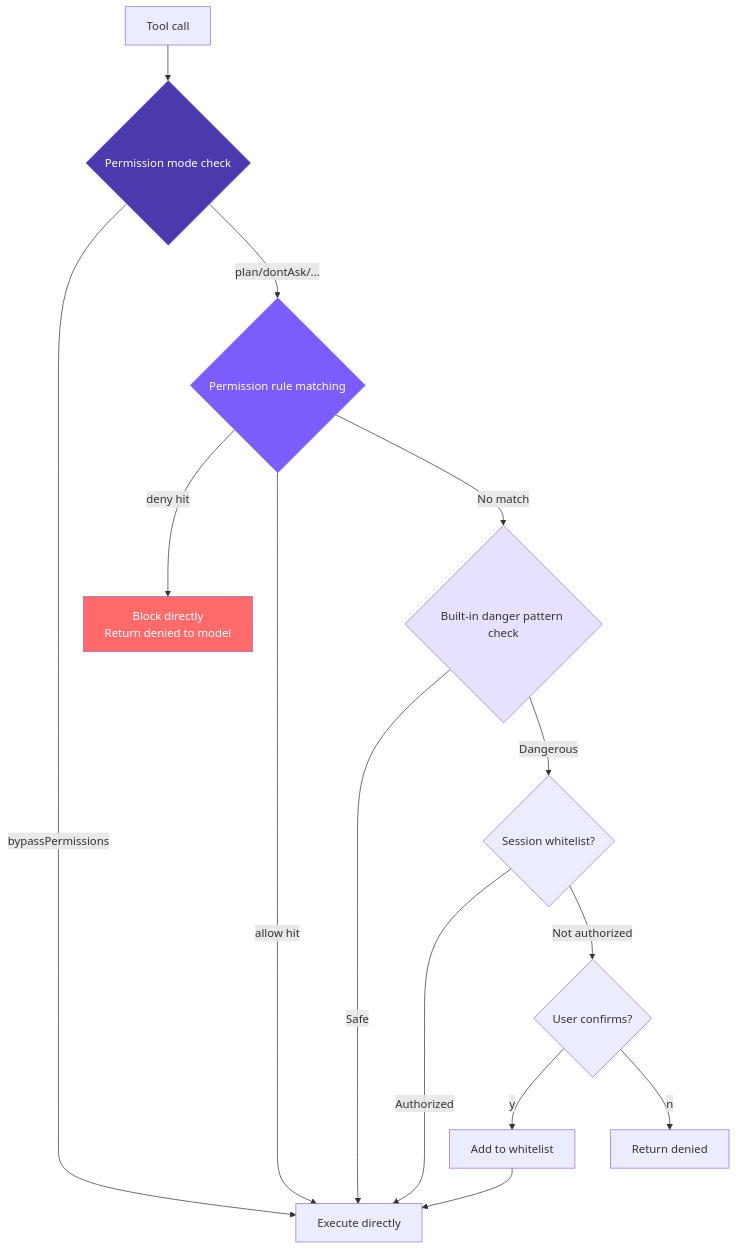
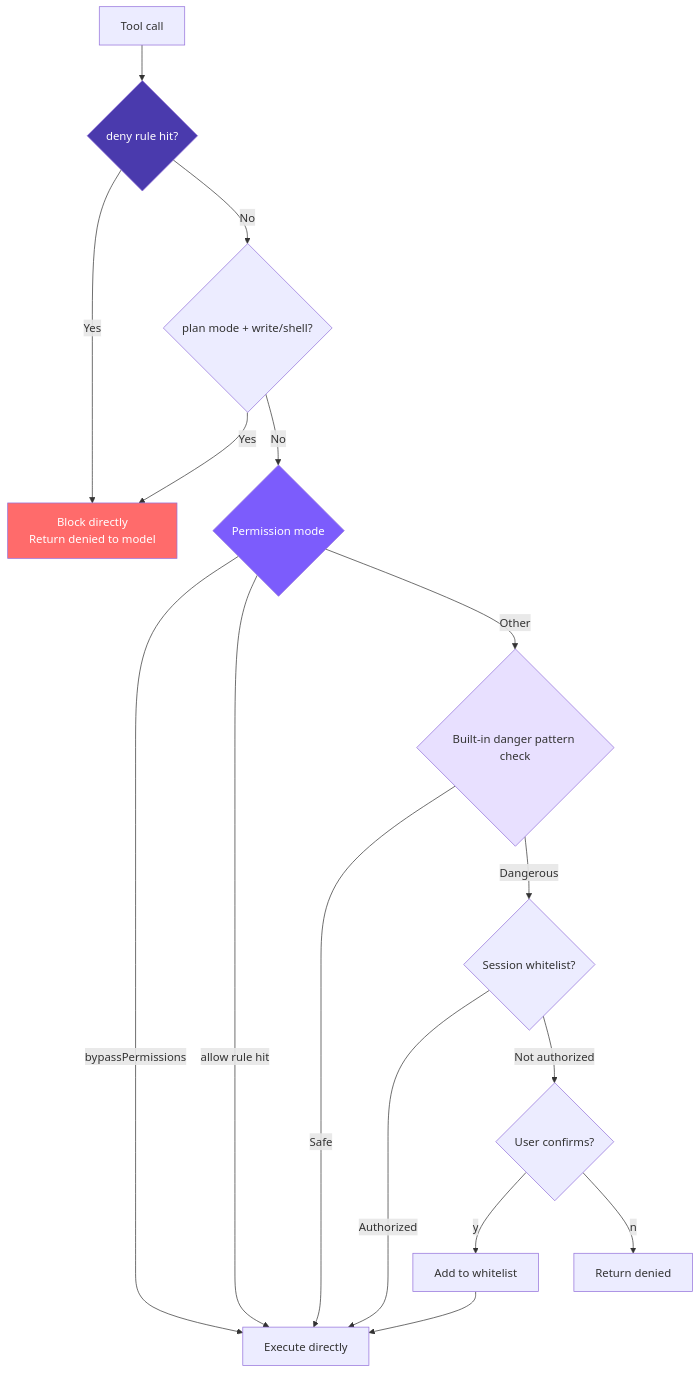
The diagram in en/docs/06-permissions.md (h7ml/claude-code-from-scratch), drawn with Mermaid before and after one commit. The commit also changed other lines of this file and 7 other files, not shown here.

````diff
--- a/en/docs/06-permissions.md
+++ b/en/docs/06-permissions.md
@@ -9,21 +9,23 @@
 ```mermaid
 graph TB
-    Call[Tool call] --> Mode{Permission mode check}
+    Call[Tool call] --> Deny{deny rule hit?}
+    Deny -->|Yes| Block[Block directly<br/>Return denied to model]
+    Deny -->|No| Plan{plan mode + write/shell?}
+    Plan -->|Yes| Block
+    Plan -->|No| Mode{Permission mode}
     Mode -->|bypassPermissions| Exec[Execute directly]
-    Mode -->|plan/dontAsk/...| Rules{Permission rule matching}
-    Rules -->|deny hit| Block[Block directly<br/>Return denied to model]
-    Rules -->|allow hit| Exec
-    Rules -->|No match| Builtin{Built-in danger pattern check}
+    Mode -->|allow rule hit| Exec
+    Mode -->|Other| Builtin{Built-in danger pattern check}
     Builtin -->|Safe| Exec
     Builtin -->|Dangerous| WL{Session whitelist?}
     WL -->|Authorized| Exec
     WL -->|Not authorized| Confirm{User confirms?}
     Confirm -->|y| AddWL[Add to whitelist]
     AddWL --> Exec
     Confirm -->|n| Block2[Return denied]
 
-    style Mode fill:#4a3aad,color:#fff
-    style Rules fill:#7c5cfc,color:#fff
+    style Deny fill:#4a3aad,color:#fff
+    style Mode fill:#7c5cfc,color:#fff
     style Builtin fill:#e8e0ff
     style Block fill:#ff6b6b,color:#fff
 ```
````
